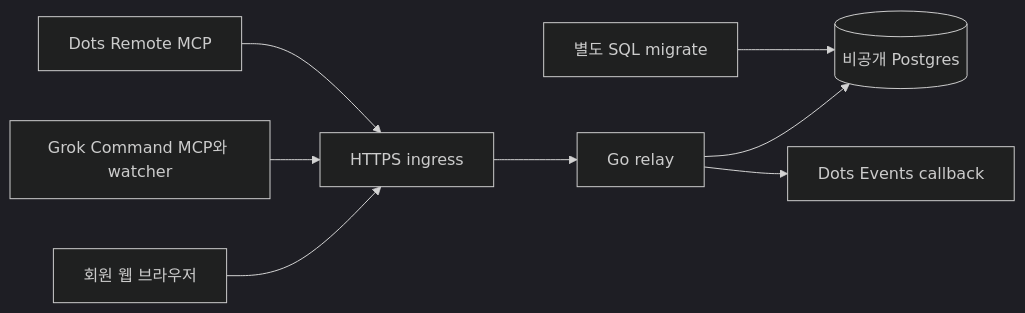
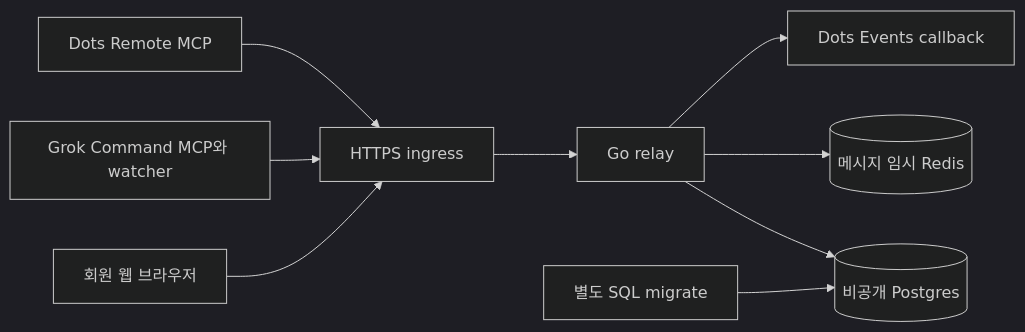
The diagram in docs/architecture.md (tourbut/KnowsLink), drawn with Mermaid (dark theme) before and after one commit. The commit also changed other lines of this file and 69 other files, not shown here.

````diff
--- a/docs/architecture.md
+++ b/docs/architecture.md
@@ -21,10 +21,11 @@
 ```mermaid
 flowchart LR
   Web[회원 웹 브라우저] --> Edge[HTTPS ingress]
   Grok[Grok Command MCP와 watcher] --> Edge
   Dots[Dots Remote MCP] --> Edge
   Edge --> Relay[Go relay]
   Relay --> DB[(비공개 Postgres)]
+  Relay --> Redis[(메시지 임시 Redis)]
   Migrate[별도 SQL migrate] --> DB
   Relay --> Callback[Dots Events callback]
 ```
````
